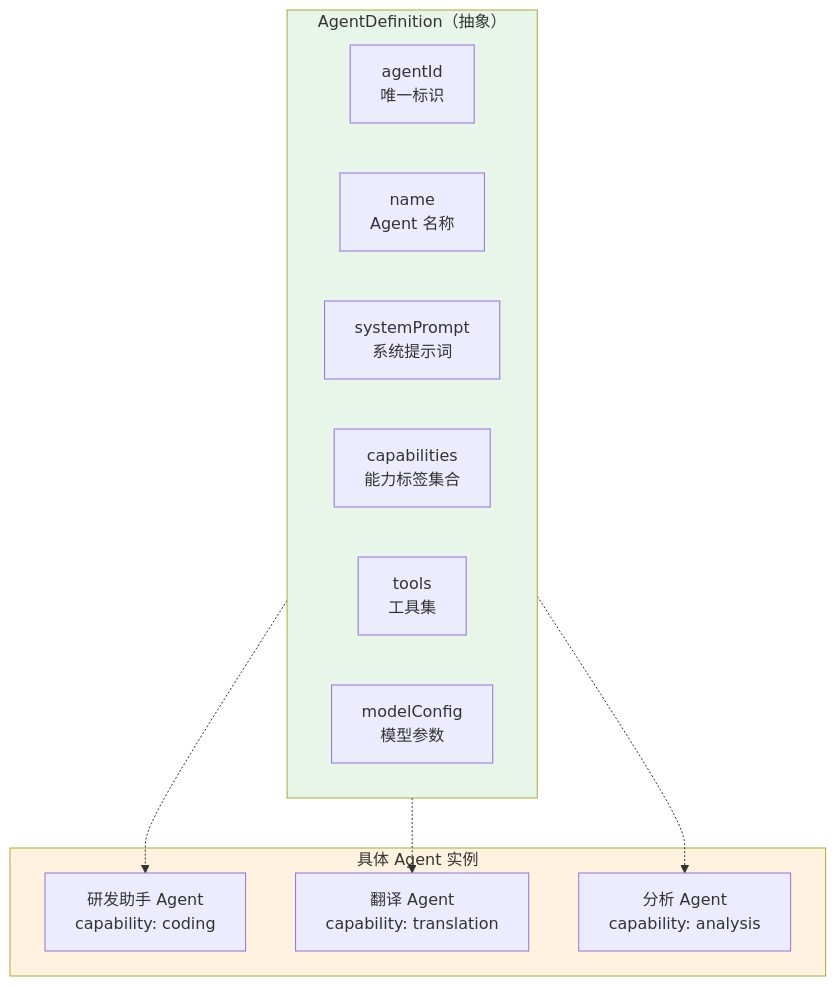
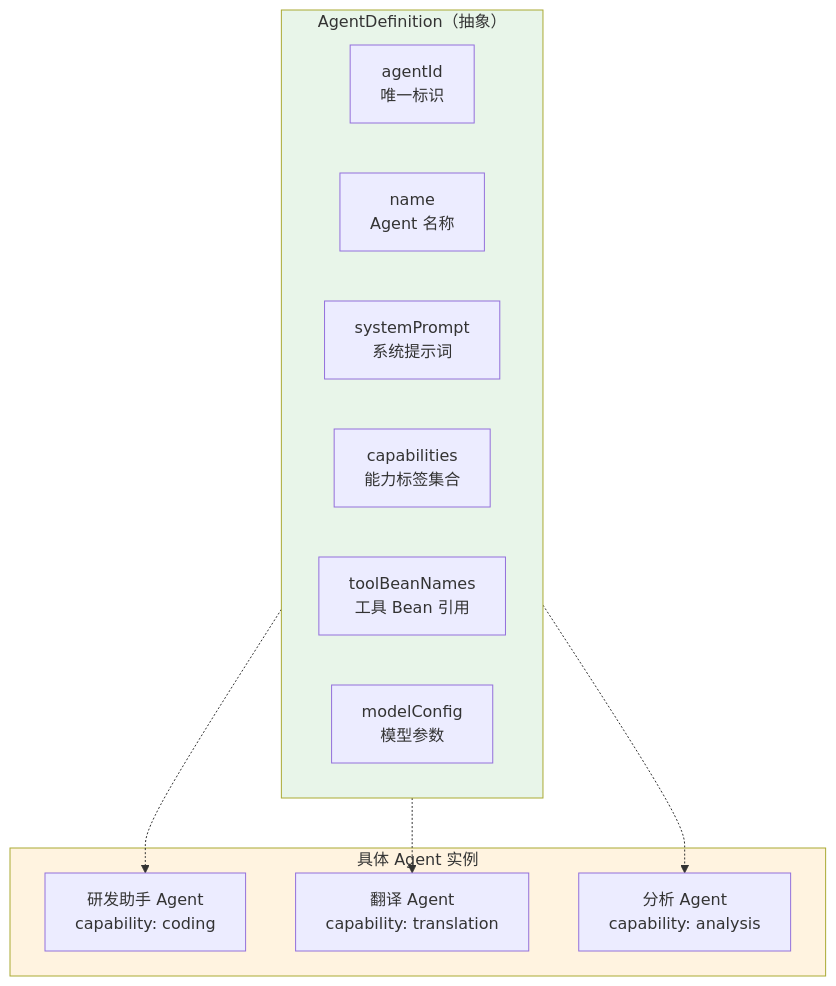
The first of 4 diagrams in docs/项目/02-多Agent协作平台/01-最小Demo搭建.md (UranusGit/java-agent-learn), drawn with Mermaid before and after one commit. The commit also changed other lines of this file and 206 other files, not shown here.

````diff
--- a/docs/项目/02-多Agent协作平台/01-最小Demo搭建.md
+++ b/docs/项目/02-多Agent协作平台/01-最小Demo搭建.md
@@ -152,24 +206,24 @@
 ```mermaid
 graph TB
     subgraph 抽象层["AgentDefinition（抽象）"]
         A1["agentId<br/>唯一标识"]
         A2["name<br/>Agent 名称"]
         A3["systemPrompt<br/>系统提示词"]
         A4["capabilities<br/>能力标签集合"]
-        A5["tools<br/>工具集"]
+        A5["toolBeanNames<br/>工具 Bean 引用"]
         A6["modelConfig<br/>模型参数"]
     end
 
     subgraph 具体Agent["具体 Agent 实例"]
         R1["研发助手 Agent<br/>capability: coding"]
         R2["翻译 Agent<br/>capability: translation"]
         R3["分析 Agent<br/>capability: analysis"]
     end
 
     抽象层 -.-> R1
     抽象层 -.-> R2
     抽象层 -.-> R3
 
     style 抽象层 fill:#e8f5e9
     style 具体Agent fill:#fff3e0
 ```
````
